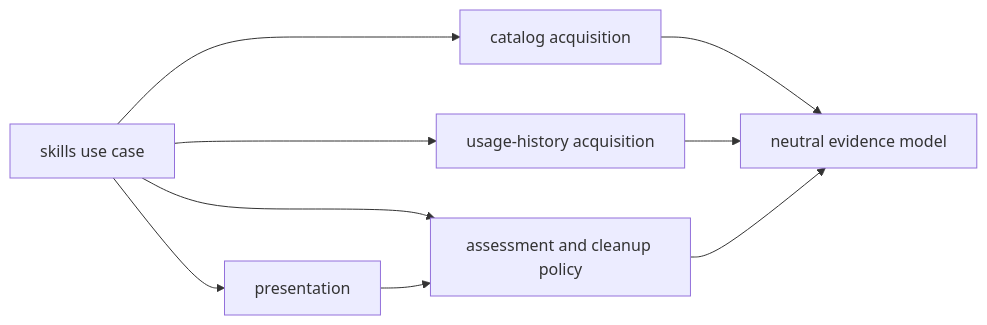
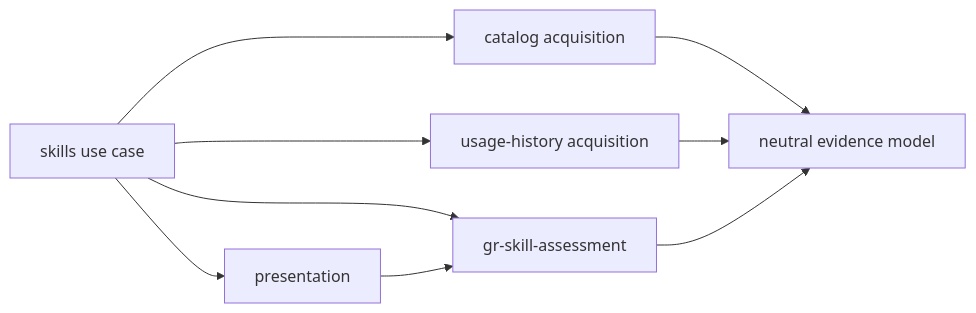
The diagram in docs/decisions/0005-propose-skill-evidence-assessment-boundary.md (heurema/goalrail-rs), drawn with Mermaid before and after one commit. The commit also changed other lines of this file and 17 other files, not shown here.

Commit message:
Enforce skill assessment crate boundary

````diff
--- a/docs/decisions/0005-propose-skill-evidence-assessment-boundary.md
+++ b/docs/decisions/0005-propose-skill-evidence-assessment-boundary.md
@@ -94,11 +100,11 @@
 ```mermaid
 flowchart LR
     Orchestrator["skills use case"] --> Catalog["catalog acquisition"]
     Orchestrator --> History["usage-history acquisition"]
-    Orchestrator --> Assessment["assessment and cleanup policy"]
+    Orchestrator --> Assessment["gr-skill-assessment"]
     Orchestrator --> Presentation["presentation"]
     Catalog --> Model["neutral evidence model"]
     History --> Model
     Assessment --> Model
     Presentation --> Assessment
 ```
````
